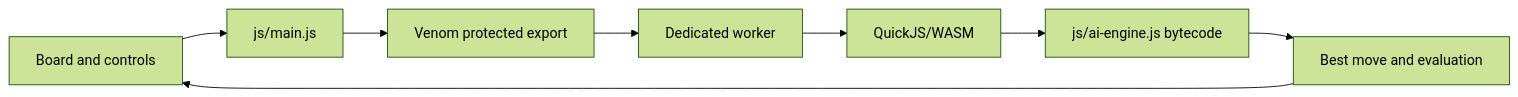
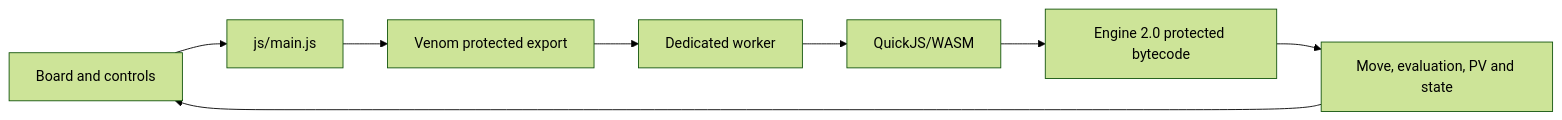
One commit to Ascension-Digital-Technologies/Venom changed the diagram in examples/protected-chess/README.md. Above: the diagram before and after it, drawn with Mermaid (forest theme). The commit also changed other lines of this file and 147 other files, not shown here.

````diff
--- a/examples/protected-chess/README.md
+++ b/examples/protected-chess/README.md
@@ -22,10 +40,10 @@
 ```mermaid
 flowchart LR
   UI[Board and controls] --> APP[js/main.js]
   APP --> API[Venom protected export]
   API --> WORKER[Dedicated worker]
   WORKER --> QJS[QuickJS/WASM]
-  QJS --> ENGINE[js/ai-engine.js bytecode]
-  ENGINE --> MOVE[Best move and evaluation]
-  MOVE --> UI
+  QJS --> ENGINE[Engine 2.0 protected bytecode]
+  ENGINE --> RESULT[Move, evaluation, PV and state]
+  RESULT --> UI
 ```
````
